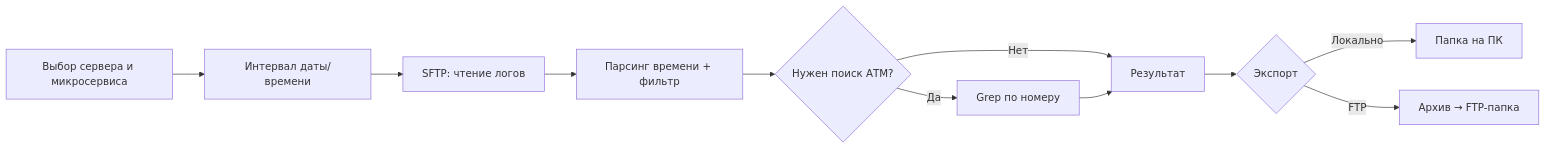
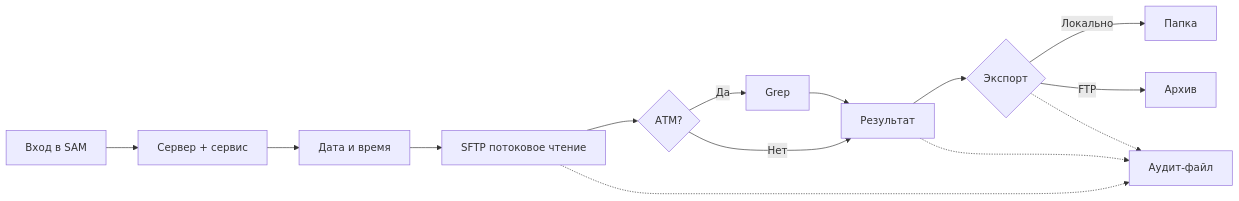
Before and after one commit to nicola-sh/sam: the fourth of 4 diagrams in README.md, drawn with Mermaid. The commit also changed other lines of this file, not shown here.

````diff
--- a/README.md
+++ b/README.md
@@ -75,13 +248,16 @@
 ```mermaid
 flowchart LR
-    A[Выбор сервера и микросервиса] --> B[Интервал даты/времени]
-    B --> C[SFTP: чтение логов]
-    C --> D[Парсинг времени + фильтр]
-    D --> E{Нужен поиск АТМ?}
-    E -->|Да| F[Grep по номеру]
+    A[Вход в SAM] --> B[Сервер + сервис]
+    B --> C[Дата и время]
+    C --> D[SFTP потоковое чтение]
+    D --> E{АТМ?}
+    E -->|Да| F[Grep]
     E -->|Нет| G[Результат]
     F --> G
     G --> H{Экспорт}
-    H -->|Локально| I[Папка на ПК]
-    H -->|FTP| J[Архив → FTP-папка]
+    H -->|Локально| I[Папка]
+    H -->|FTP| J[Архив]
+    D -.-> AUD[Аудит-файл]
+    G -.-> AUD
+    H -.-> AUD
 ```
````
